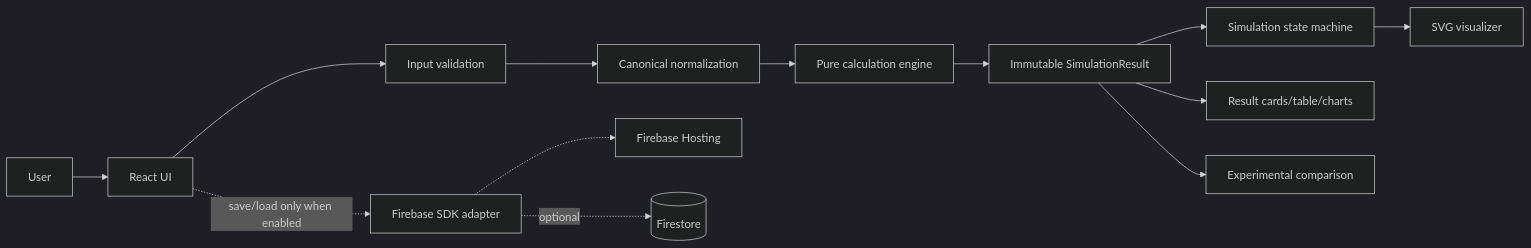
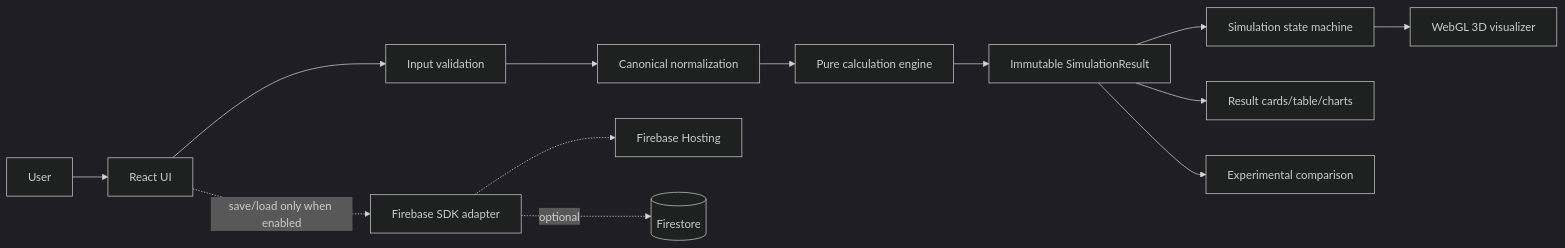
One commit to Quangbk47/nhom-chiet changed the diagram in docs/ARCHITECTURE.md. Above: the diagram before and after it, drawn with Mermaid (dark theme). The commit also changed other lines of this file and 15 other files, not shown here.

````diff
--- a/docs/ARCHITECTURE.md
+++ b/docs/ARCHITECTURE.md
@@ -11,15 +11,15 @@
 ```mermaid
 flowchart LR
   U[User] --> UI[React UI]
   UI --> V[Input validation]
   V --> N[Canonical normalization]
   N --> E[Pure calculation engine]
   E --> R[Immutable SimulationResult]
   R --> S[Simulation state machine]
-  S --> SVG[SVG visualizer]
+  S --> W[WebGL 3D visualizer]
   R --> O[Result cards/table/charts]
   R --> X[Experimental comparison]
   UI -. save/load only when enabled .-> F[Firebase SDK adapter]
   F -.-> H[Firebase Hosting]
   F -. optional .-> DB[(Firestore)]
 ```
````
